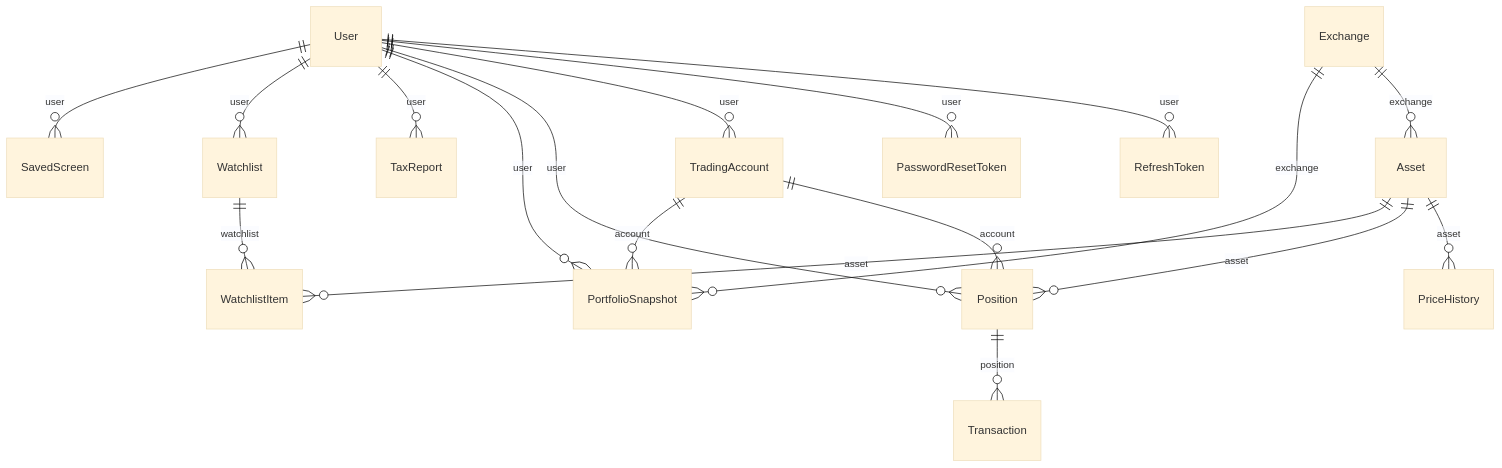
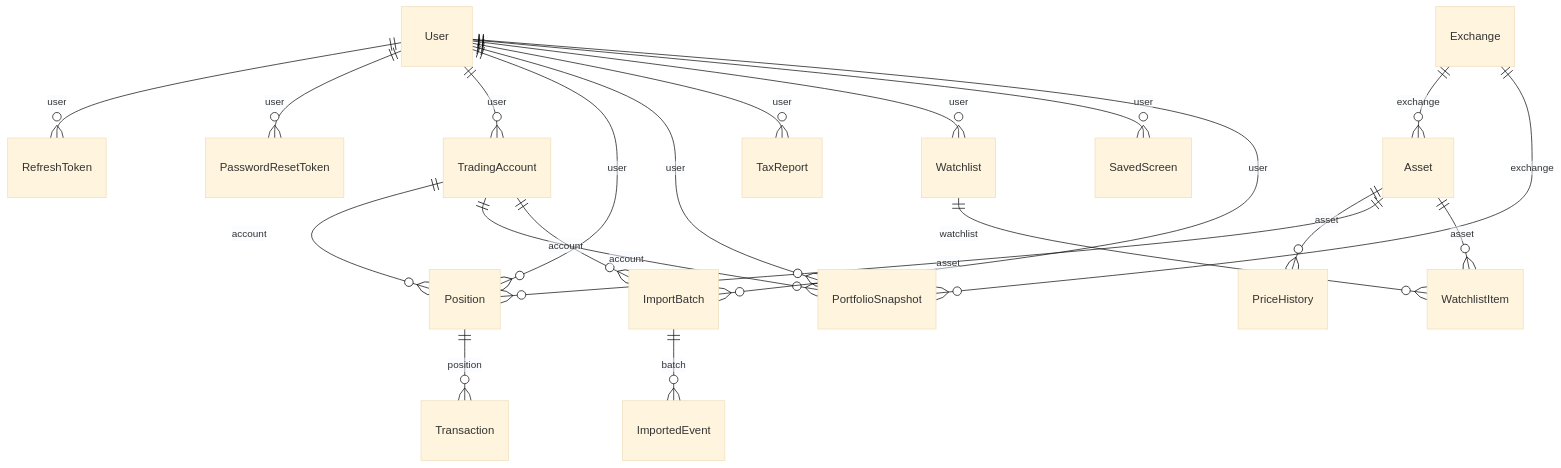
One commit to bruno-frascino/piggy-api changed the diagram in context/data-model.md. Above: the diagram before and after it, drawn with Mermaid (base theme). The commit also changed other lines of this file and 93 other files, not shown here.

````diff
--- a/context/data-model.md
+++ b/context/data-model.md
@@ -8,20 +8,23 @@
 ```mermaid
 erDiagram
     User ||--o{ RefreshToken : "user"
     User ||--o{ PasswordResetToken : "user"
     User ||--o{ TradingAccount : "user"
     Exchange ||--o{ Asset : "exchange"
     Asset ||--o{ PriceHistory : "asset"
     User ||--o{ Position : "user"
     Asset ||--o{ Position : "asset"
     TradingAccount ||--o{ Position : "account"
     Position ||--o{ Transaction : "position"
     User ||--o{ PortfolioSnapshot : "user"
     TradingAccount ||--o{ PortfolioSnapshot : "account"
     Exchange ||--o{ PortfolioSnapshot : "exchange"
     User ||--o{ TaxReport : "user"
     User ||--o{ Watchlist : "user"
     Watchlist ||--o{ WatchlistItem : "watchlist"
     Asset ||--o{ WatchlistItem : "asset"
     User ||--o{ SavedScreen : "user"
+    User ||--o{ ImportBatch : "user"
+    TradingAccount ||--o{ ImportBatch : "account"
+    ImportBatch ||--o{ ImportedEvent : "batch"
 ```
````
